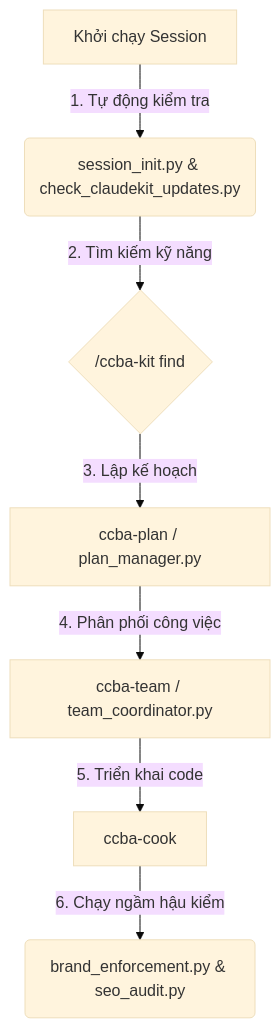
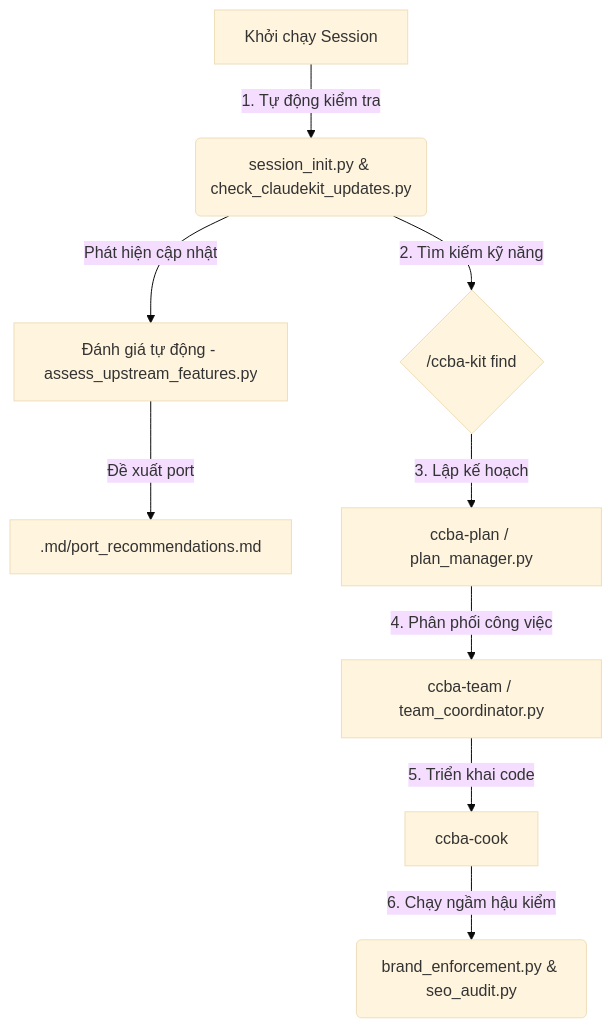
One commit to vvChu/ccba-agent-platform changed the diagram in docs/getting-started/claudekit-tools.md. Above: the diagram before and after it, drawn with Mermaid (base theme). The commit also changed other lines of this file and 7 other files, not shown here.

````diff
--- a/docs/getting-started/claudekit-tools.md
+++ b/docs/getting-started/claudekit-tools.md
@@ -11,9 +11,11 @@
 ```mermaid
 graph TD
     A[Khởi chạy Session] -->|1. Tự động kiểm tra| B(session_init.py & check_claudekit_updates.py)
+    B -->|Phát hiện cập nhật| H[Đánh giá tự động - assess_upstream_features.py]
+    H -->|Đề xuất port| I[.md/port_recommendations.md]
     B -->|2. Tìm kiếm kỹ năng| C{/ccba-kit find}
     C -->|3. Lập kế hoạch| D[ccba-plan / plan_manager.py]
     D -->|4. Phân phối công việc| E[ccba-team / team_coordinator.py]
     E -->|5. Triển khai code| F[ccba-cook]
     F -->|6. Chạy ngầm hậu kiểm| G(brand_enforcement.py & seo_audit.py)
 ```
````
